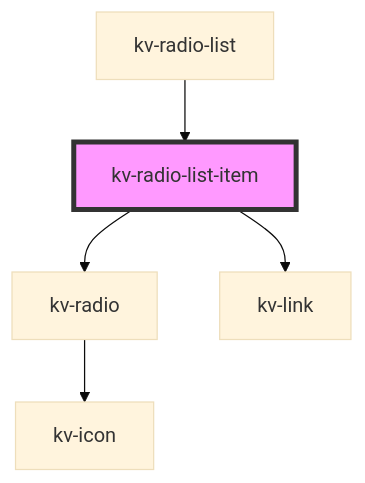
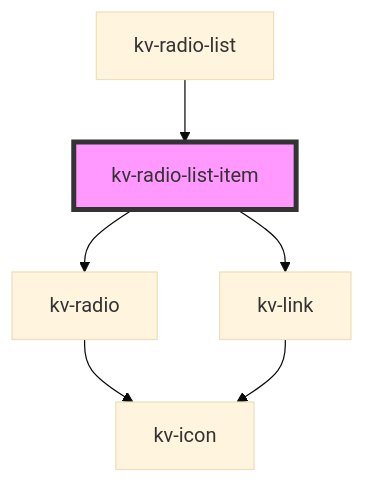
Before and after one commit to kelvininc/ui-components: the diagram in packages/ui-components/src/components/radio-list-item/readme.md, drawn with Mermaid (base theme). The commit also changed 9 other files, not shown here.

````diff
--- a/packages/ui-components/src/components/radio-list-item/readme.md
+++ b/packages/ui-components/src/components/radio-list-item/readme.md
@@ -102,8 +102,9 @@
 ```mermaid
 graph TD;
   kv-radio-list-item --> kv-radio
   kv-radio-list-item --> kv-link
   kv-radio --> kv-icon
+  kv-link --> kv-icon
   kv-radio-list --> kv-radio-list-item
   style kv-radio-list-item fill:#f9f,stroke:#333,stroke-width:4px
 ```
````
